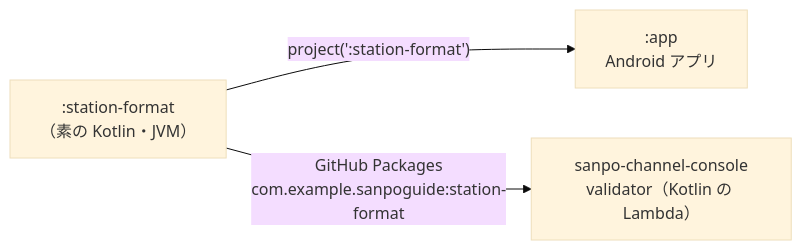
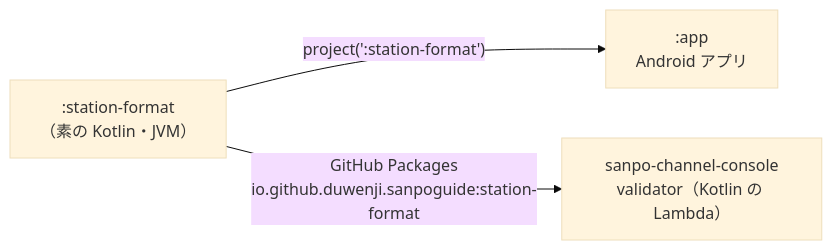
The diagram in 05-station-format/01-jvm-library.md (duwenji/yorisoi-tutorial), drawn with Mermaid (base theme) before and after one commit. The commit also changed other lines of this file and 40 other files, not shown here.

First line of the commit message:
docs: 識別子 io.github.duwenji.sanpoguide と station-format 2.0.0 に追従する

````diff
--- a/05-station-format/01-jvm-library.md
+++ b/05-station-format/01-jvm-library.md
@@ -29,6 +29,6 @@
 ```mermaid
 flowchart LR
     SF[":station-format<br/>（素の Kotlin・JVM）"]
     SF -->|"project(':station-format')"| APP[":app<br/>Android アプリ"]
-    SF -->|"GitHub Packages<br/>com.example.sanpoguide:station-format"| VAL["sanpo-channel-console<br/>validator（Kotlin の Lambda）"]
+    SF -->|"GitHub Packages<br/>io.github.duwenji.sanpoguide:station-format"| VAL["sanpo-channel-console<br/>validator（Kotlin の Lambda）"]
 ```
````
